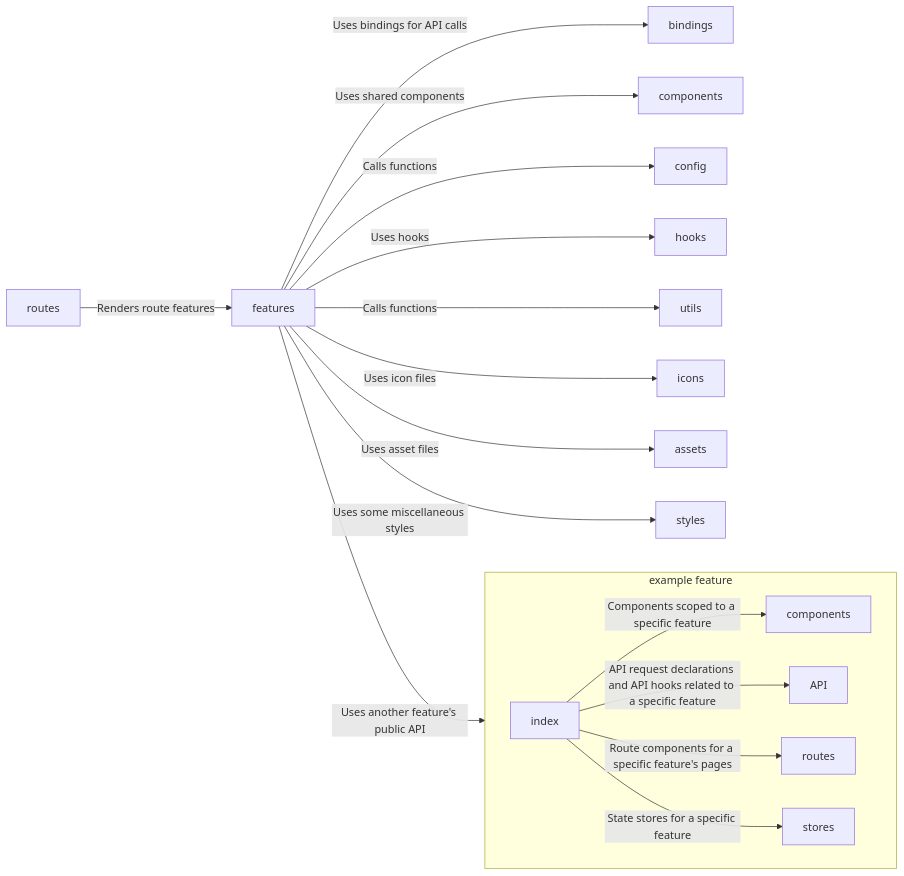
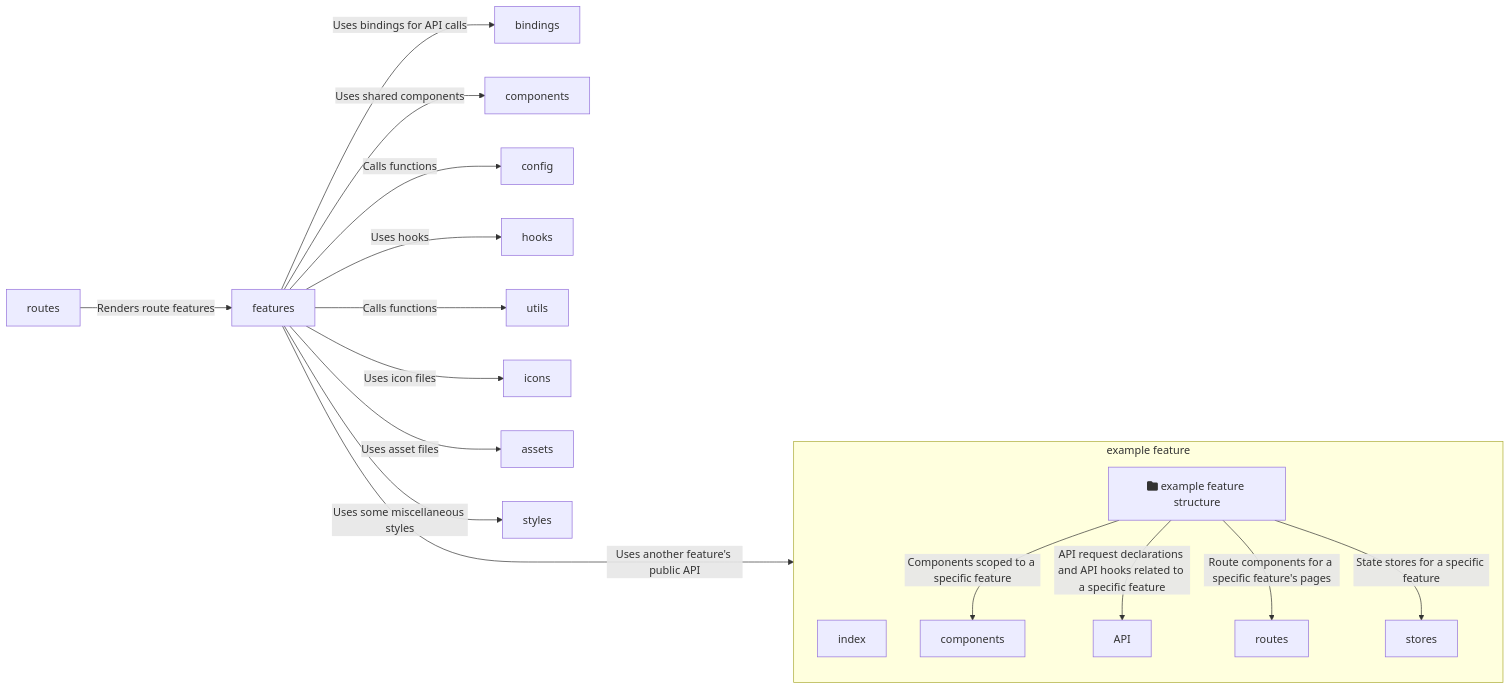
The diagram in doc/architecture/frontend.md (ElektraInitiative/PermaplanT), drawn with Mermaid before and after one commit. The commit also changed other lines of this file, not shown here.

Commit message:
docs(frontend): improve architecture diagram

````diff
--- a/doc/architecture/frontend.md
+++ b/doc/architecture/frontend.md
@@ -18,20 +18,21 @@
 ```mermaid
-graph LR;
-  features -->|Uses another feature's public API| f
+flowchart LR
+  routes --> |Renders route features| features
   features -->|Uses bindings for API calls| bindings
   features -->|Uses shared components| components
   features -->|Calls functions| config
   features -->|Uses hooks| hooks
   features -->|Calls functions| utils
   features -->|Uses icon files| icons
   features -->|Uses asset files| assets
   features -->|Uses some miscellaneous styles| styles
-  routes --> |Renders route features| features
+  features ---->|Uses another feature's public API| i
     subgraph f[example feature]
-      direction LR
-      i[index] -->|Components scoped to a specific feature| c[components]
-      i -->|API request declarations and API hooks related to a specific feature| a[API]
-      i -->|Route components for a specific feature's pages| r[routes]
-      i -->|State stores for a specific feature| s[stores]
+      direction TB
+      i[index]
+      e[fa:fa-folder example feature structure] --> |Components scoped to a specific feature| c[components]
+      e -->|API request declarations and API hooks related to a specific feature| a[API]
+      e -->|Route components for a specific feature's pages| r[routes]
+      e -->|State stores for a specific feature| s[stores]
     end
 ```
````
